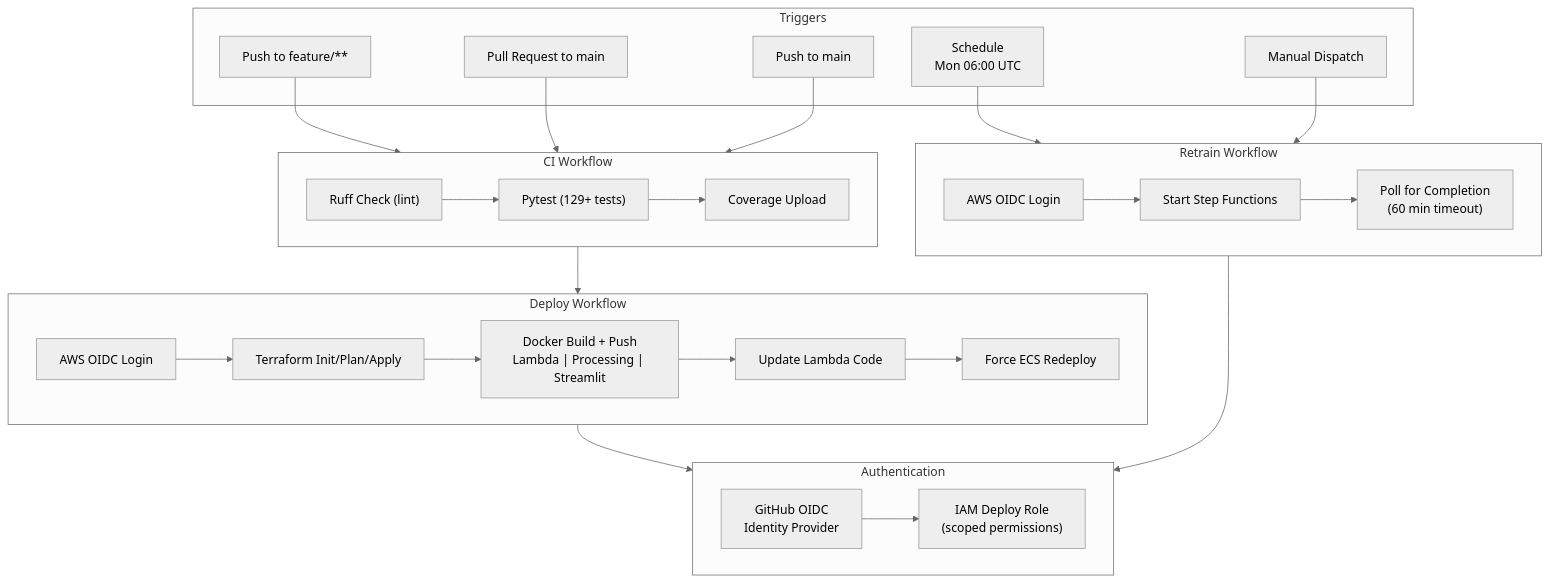
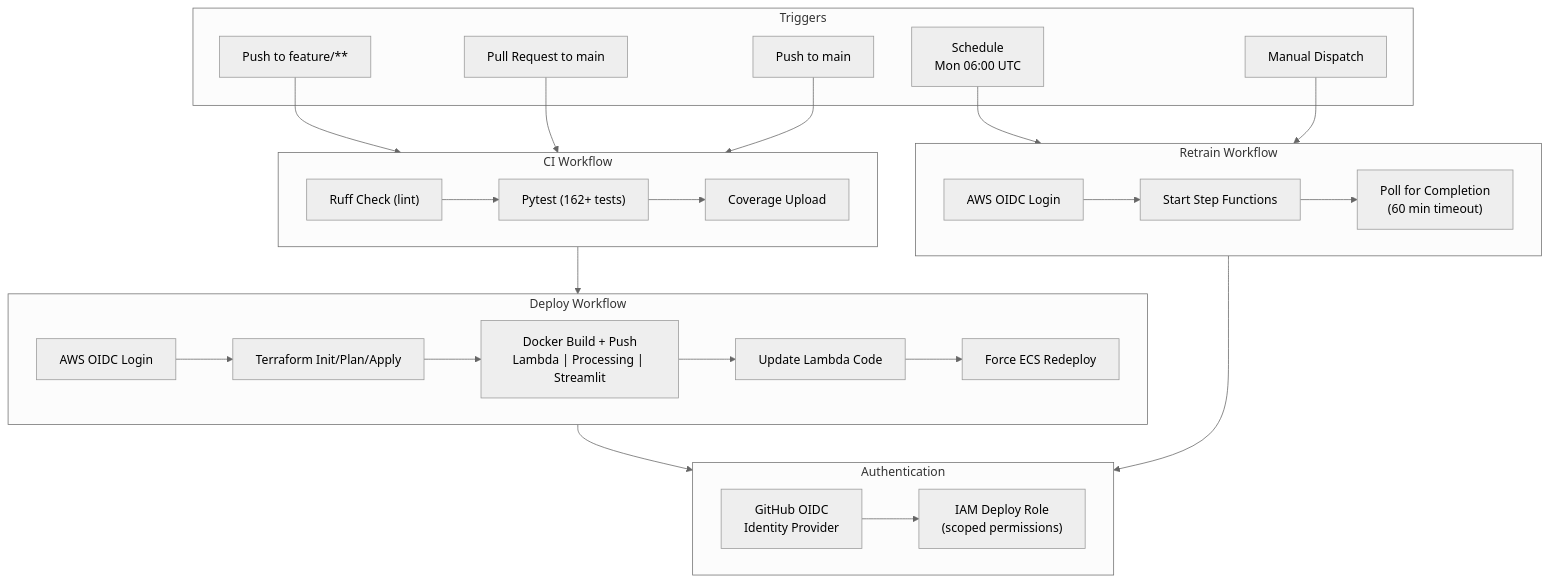
Before and after one commit to rawad-yared/bcgx-spanishgas-g1: the seventh of 8 diagrams in README.md, drawn with Mermaid (neutral theme). The commit also changed other lines of this file and 2 other files, not shown here.

````diff
--- a/README.md
+++ b/README.md
@@ -337,45 +351,45 @@
 ```mermaid
 graph TD
     subgraph Triggers
         PUSH_F["Push to feature/**"]
         PR["Pull Request to main"]
         PUSH_M["Push to main"]
         SCHED["Schedule<br/>Mon 06:00 UTC"]
         MANUAL["Manual Dispatch"]
     end
 
     subgraph CI["CI Workflow"]
         LINT["Ruff Check (lint)"]
-        TEST["Pytest (129+ tests)"]
+        TEST["Pytest (162+ tests)"]
         COV["Coverage Upload"]
         LINT --> TEST --> COV
     end
 
     subgraph Deploy["Deploy Workflow"]
         OIDC["AWS OIDC Login"]
         TF_PLAN["Terraform Init/Plan/Apply"]
         DOCKER["Docker Build + Push<br/>Lambda | Processing | Streamlit"]
         UPDATE_LAMBDA["Update Lambda Code"]
         ECS_DEPLOY["Force ECS Redeploy"]
         OIDC --> TF_PLAN --> DOCKER --> UPDATE_LAMBDA --> ECS_DEPLOY
     end
 
     subgraph Retrain["Retrain Workflow"]
         OIDC2["AWS OIDC Login"]
         SFN_START["Start Step Functions"]
         POLL["Poll for Completion<br/>(60 min timeout)"]
         OIDC2 --> SFN_START --> POLL
     end
 
     PUSH_F & PR --> CI
     PUSH_M --> CI --> Deploy
     SCHED & MANUAL --> Retrain
 
     subgraph Auth["Authentication"]
         GH_OIDC["GitHub OIDC<br/>Identity Provider"]
         IAM_ROLE["IAM Deploy Role<br/>(scoped permissions)"]
         GH_OIDC --> IAM_ROLE
     end
 
     Deploy & Retrain --> Auth
 ```
````
